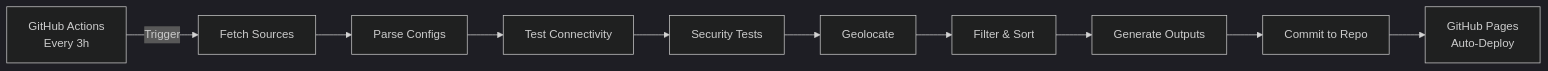
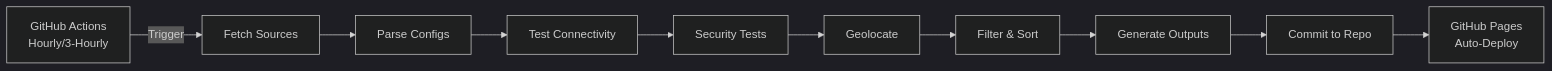
One commit to AmirrezaFarnamTaheri/MassConfigMerger changed the diagram in README.md. Above: the diagram before and after it, drawn with Mermaid (dark theme). The commit also changed other lines of this file and 47 other files, not shown here.

````diff
--- a/README.md
+++ b/README.md
@@ -59,12 +59,12 @@
 ```mermaid
 graph LR
-    A[GitHub Actions<br/>Every 3h] -->|Trigger| B[Fetch Sources]
+    A[GitHub Actions<br/>Hourly/3-Hourly] -->|Trigger| B[Fetch Sources]
     B --> C[Parse Configs]
     C --> D[Test Connectivity]
     D --> E[Security Tests]
     E --> F[Geolocate]
     F --> G[Filter & Sort]
     G --> H[Generate Outputs]
     H --> I[Commit to Repo]
     I --> J[GitHub Pages<br/>Auto-Deploy]
 ```
````
